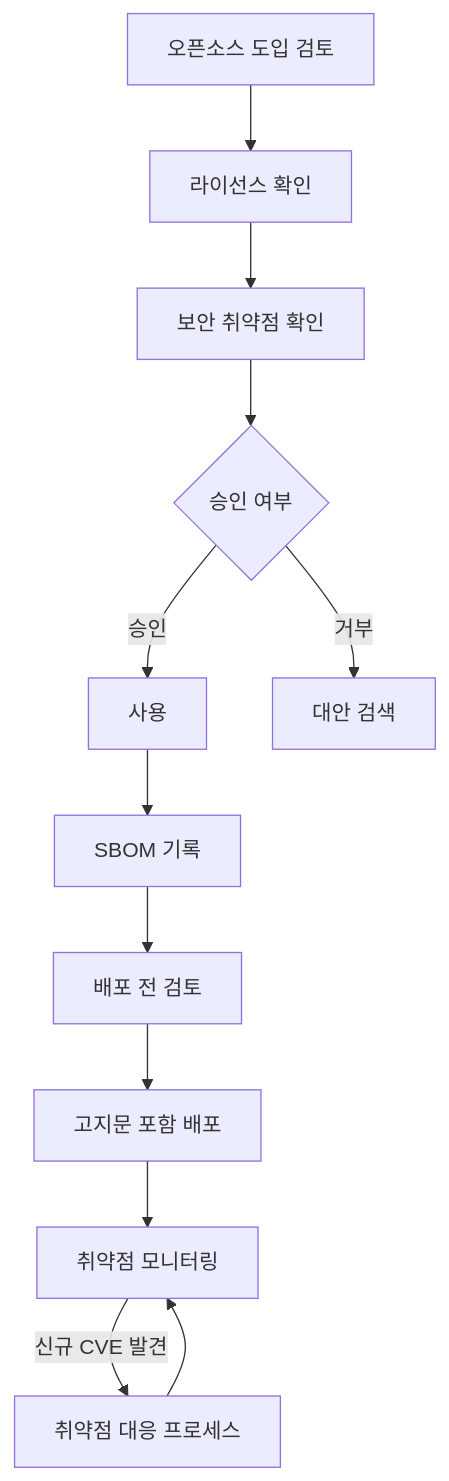
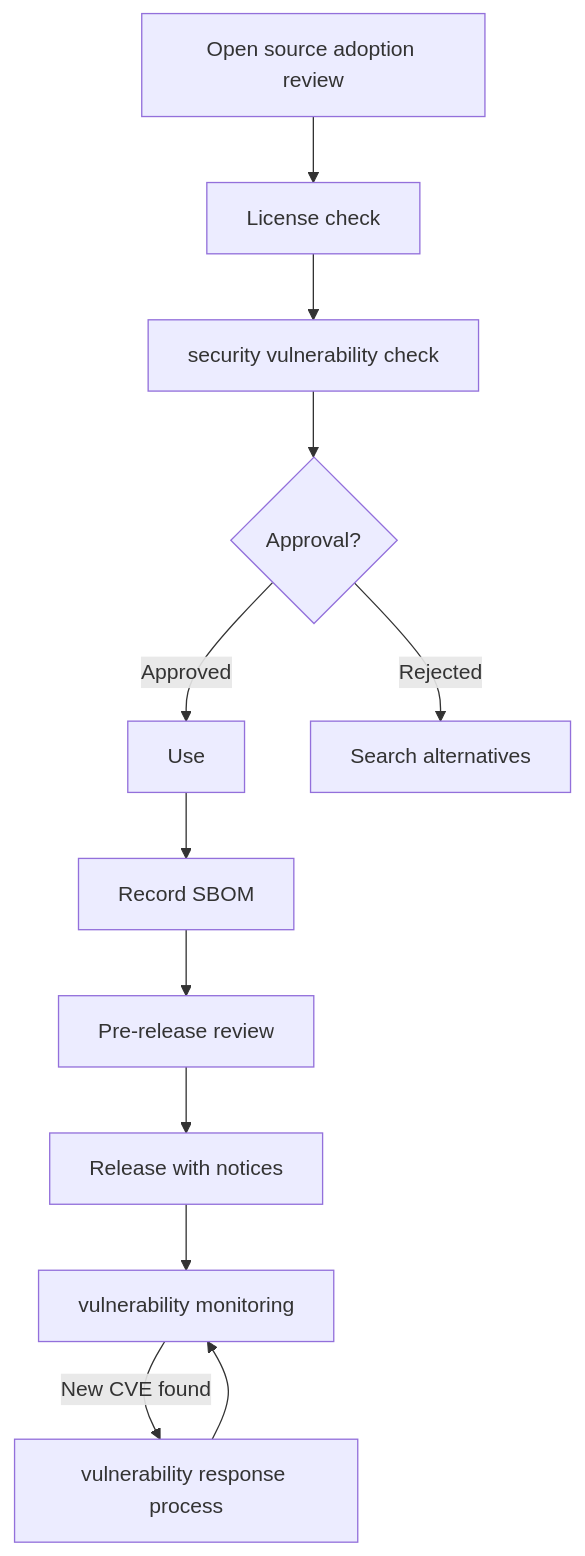
One commit to trustedoss/trustedoss.github.io changed the first of 2 diagrams in website/i18n/en/docusaurus-plugin-content-docs/current/04-process/index.md. Above: the diagram before and after it, drawn with Mermaid. The commit also changed other lines of this file and 55 other files, not shown here.

````diff
--- a/website/i18n/en/docusaurus-plugin-content-docs/current/04-process/index.md
+++ b/website/i18n/en/docusaurus-plugin-content-docs/current/04-process/index.md
@@ -38,14 +38,14 @@
 ```mermaid
 flowchart TD
-    A[오픈소스 도입 검토] --> B[라이선스 확인]
-    B --> C[보안 취약점 확인]
-    C --> D{승인 여부}
-    D -->|승인| E[사용]
-    D -->|거부| F[대안 검색]
-    E --> G[SBOM 기록]
-    G --> H[배포 전 검토]
-    H --> I[고지문 포함 배포]
-    I --> J[취약점 모니터링]
-    J -->|신규 CVE 발견| K[취약점 대응 프로세스]
+    A[Open source adoption review] --> B[License check]
+    B --> C[security vulnerability check]
+    C --> D{Approval?}
+    D -->|Approved| E[Use]
+    D -->|Rejected| F[Search alternatives]
+    E --> G[Record SBOM]
+    G --> H[Pre-release review]
+    H --> I[Release with notices]
+    I --> J[vulnerability monitoring]
+    J -->|New CVE found| K[vulnerability response process]
     K --> J
 ```
````
